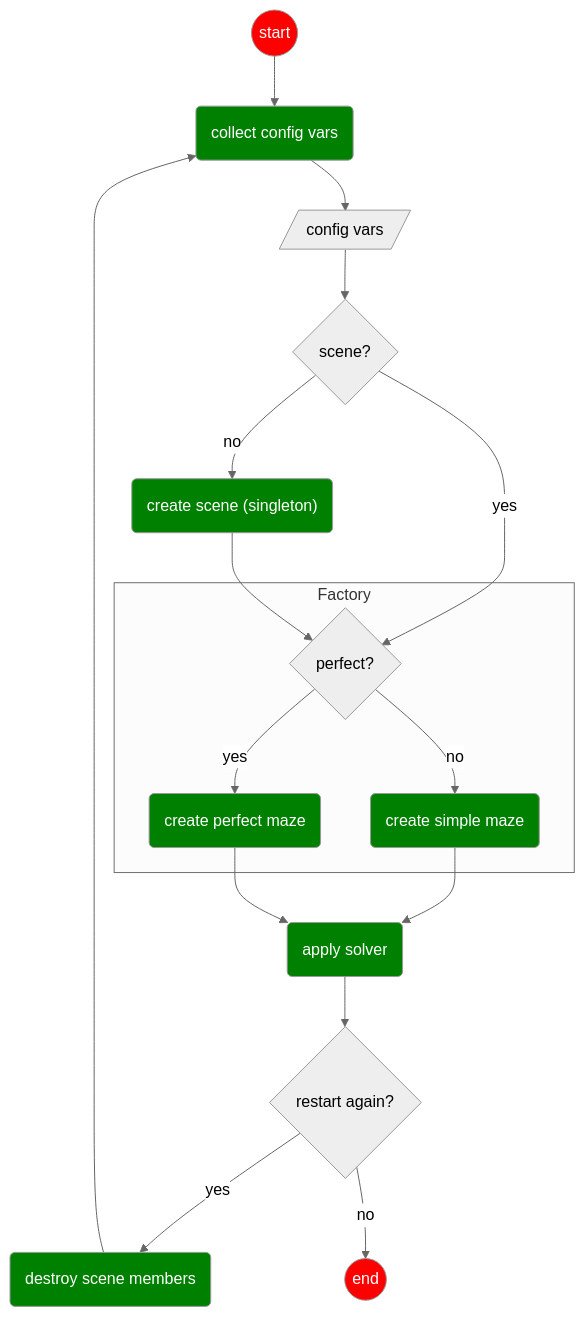
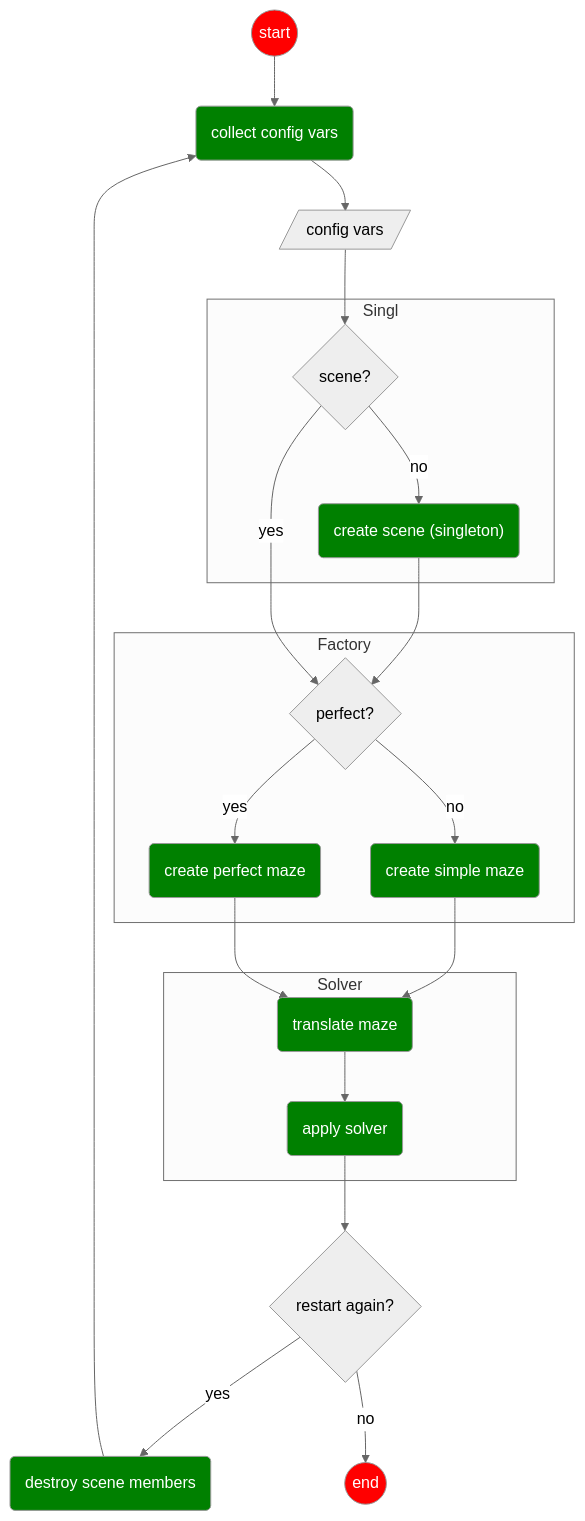
Before and after one commit to evaristoc/a-maze-ing-42: the diagram in project/README.md, drawn with Mermaid (neutral theme). The commit also changed 1 other file, not shown here.

Commit message:
codam:gh: DOC : updating diagram; adding minute doc

````diff
--- a/project/README.md
+++ b/project/README.md
@@ -3,23 +3,29 @@
 ```mermaid
 flowchart TD
 start((start)):::terminator
-Solver(apply solver):::process
+HexTrans(translate maze):::process
+ShortDist(apply solver):::process
 start --> Collect(collect config vars):::process
 Collect --> Config[/config vars/]
 Config --> Singleton{scene?}
+subgraph Singl
 Singleton -->|no|Scene("create scene (singleton)"):::process
+end
+subgraph Factory
+Scene --> Fac
 Singleton -->|yes|Fac{perfect?}
-Scene --> Fac
-subgraph Factory
 Fac --> |no|SimMaze(create simple maze):::process
 Fac --> |yes|PerMaze(create perfect maze):::process
 end
-SimMaze --> Solver
-PerMaze --> Solver
-Solver --> Restart{restart again?}
+SimMaze --> HexTrans
+PerMaze --> HexTrans
+subgraph Solver
+HexTrans --> ShortDist
+end
+ShortDist --> Restart{restart again?}
 Destroy --> Collect
 Restart --> |yes|Destroy(destroy scene members):::process
 Restart -->|no|finish((end)):::terminator
 classDef terminator fill:#f00, color:#fff 
 classDef process fill:green, color:#fff
 ```
````
